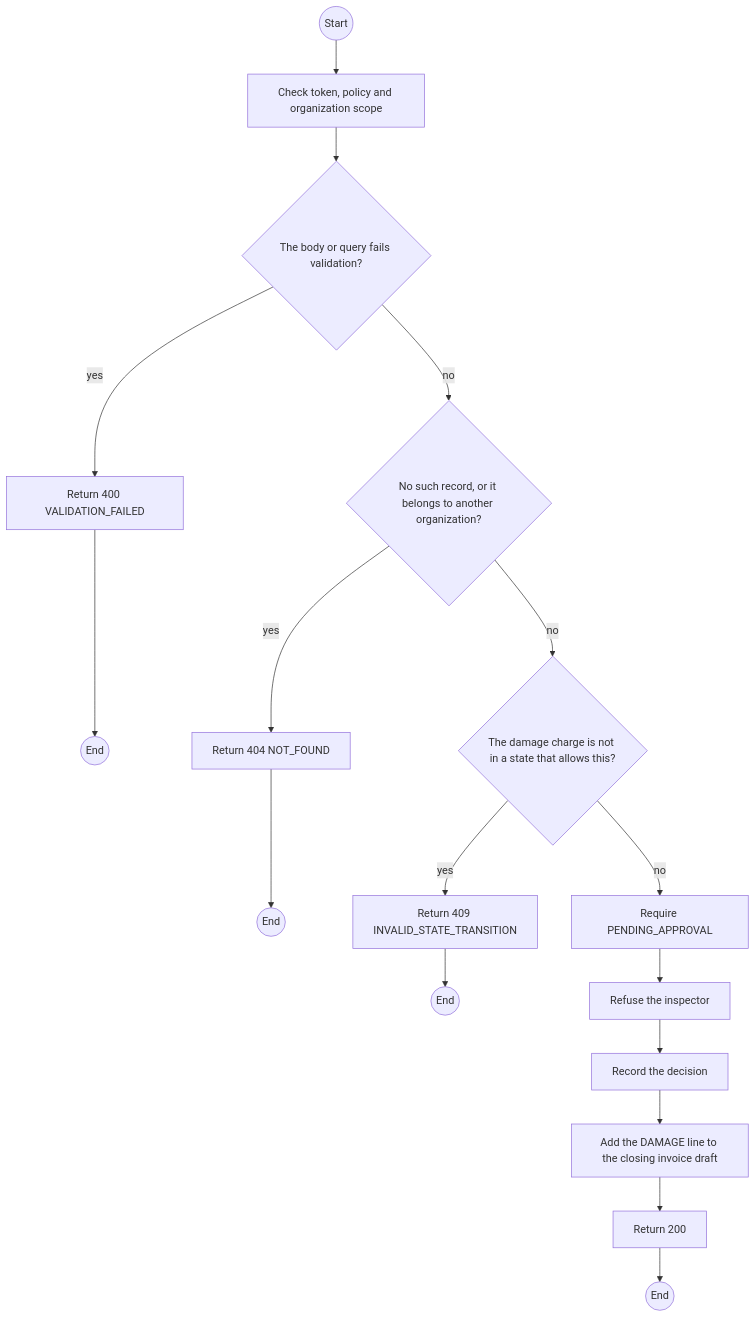
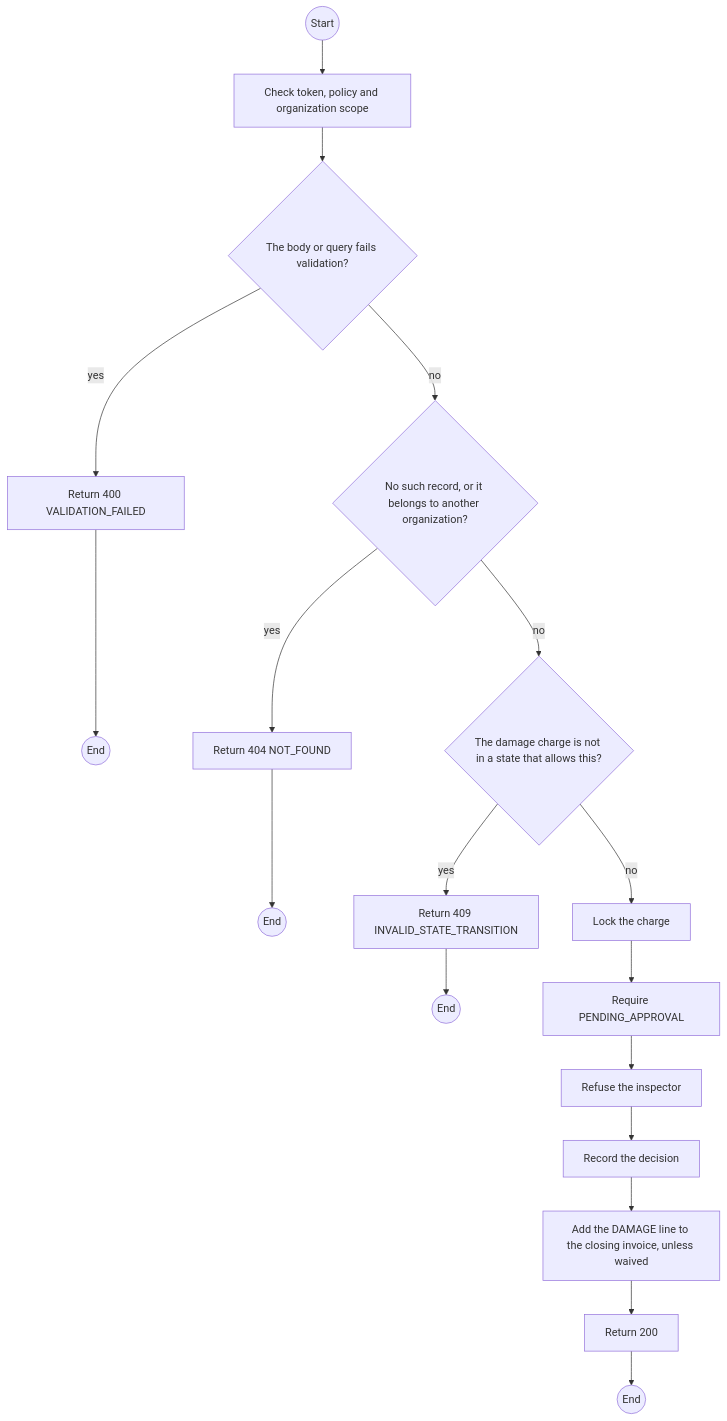
The first of 2 diagrams in specs/billing/api-design/17-post-damage-charges-id-decision.md (TrekLink-Team/treklink-web), drawn with Mermaid before and after one commit. The commit also changed other lines of this file and 34 other files, not shown here.

First line of the commit message:
feat(TK-161): damage charge decision on the charge's own contract and inspector (UC-48, D-081)

````diff
--- a/specs/billing/api-design/17-post-damage-charges-id-decision.md
+++ b/specs/billing/api-design/17-post-damage-charges-id-decision.md
@@ -173,32 +173,34 @@
 ```mermaid
 flowchart TB
     S((Start))
     A0["Check token, policy and organization scope"]
     S --> A0
     D1{"The body or query fails validation?"}
     A0 --> D1
     E1["Return 400 VALIDATION_FAILED"]
     D1 -->|yes| E1
     E1 --> X1((End))
     D2{"No such record, or it belongs to another organization?"}
     D1 -->|no| D2
     E2["Return 404 NOT_FOUND"]
     D2 -->|yes| E2
     E2 --> X2((End))
     D3{"The damage charge is not in a state that allows this?"}
     D2 -->|no| D3
     E3["Return 409 INVALID_STATE_TRANSITION"]
     D3 -->|yes| E3
     E3 --> X3((End))
-    P0["Require PENDING_APPROVAL"]
+    P0["Lock the charge"]
     D3 -->|no| P0
-    P1["Refuse the inspector"]
+    P1["Require PENDING_APPROVAL"]
     P0 --> P1
-    P2["Record the decision"]
+    P2["Refuse the inspector"]
     P1 --> P2
-    P3["Add the DAMAGE line to the closing invoice draft"]
+    P3["Record the decision"]
     P2 --> P3
+    P4["Add the DAMAGE line to the closing invoice, unless waived"]
+    P3 --> P4
     OK["Return 200"]
-    P3 --> OK
+    P4 --> OK
     OK --> Z((End))
 ```
````
